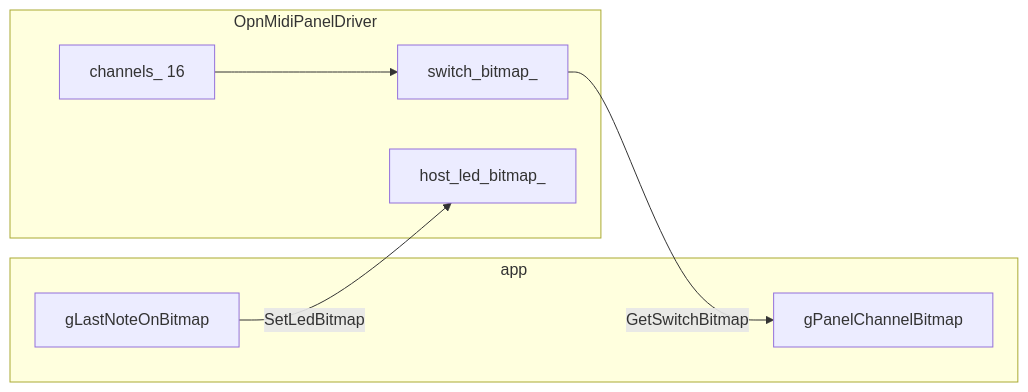
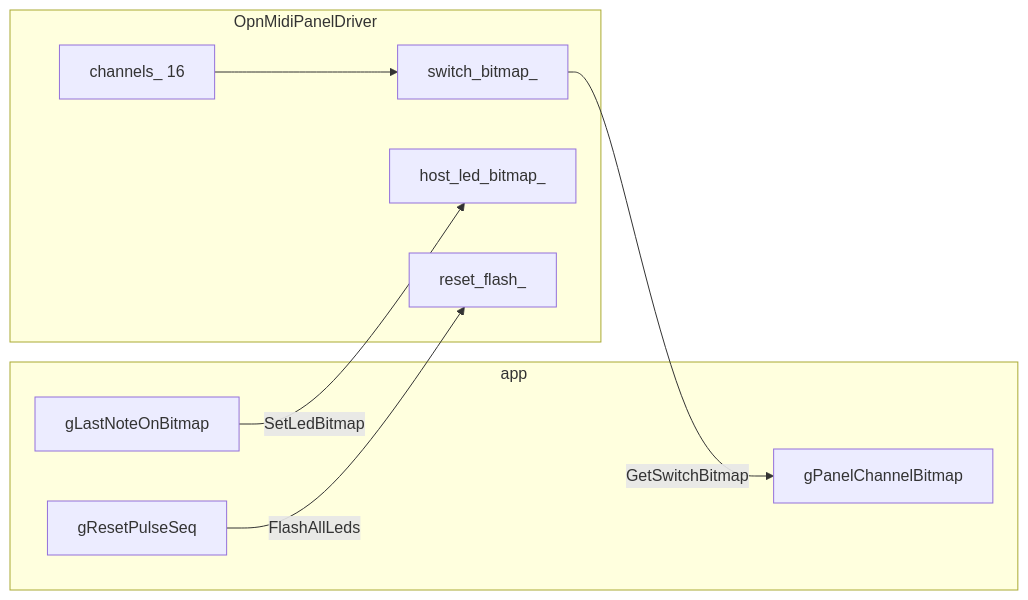
Before and after one commit to 46nori/FMSynthEnsembleV3: the sixth of 6 diagrams in doc/design_midi_panel.md, drawn with Mermaid. The commit also changed other lines of this file and 11 other files, not shown here.

````diff
--- a/doc/design_midi_panel.md
+++ b/doc/design_midi_panel.md
@@ -353,15 +363,18 @@
 ```mermaid
 flowchart LR
     subgraph app_data ["app"]
         LN["gLastNoteOnBitmap"]
         PC["gPanelChannelBitmap"]
+        RP["gResetPulseSeq"]
     end
     subgraph driver_data ["OpnMidiPanelDriver"]
         HL["host_led_bitmap_"]
         SW["switch_bitmap_"]
         CH["channels_ 16"]
+        RF["reset_flash_"]
     end
     LN -->|SetLedBitmap| HL
     SW -->|GetSwitchBitmap| PC
     CH --> SW
+    RP -->|FlashAllLeds| RF
 ```
````
